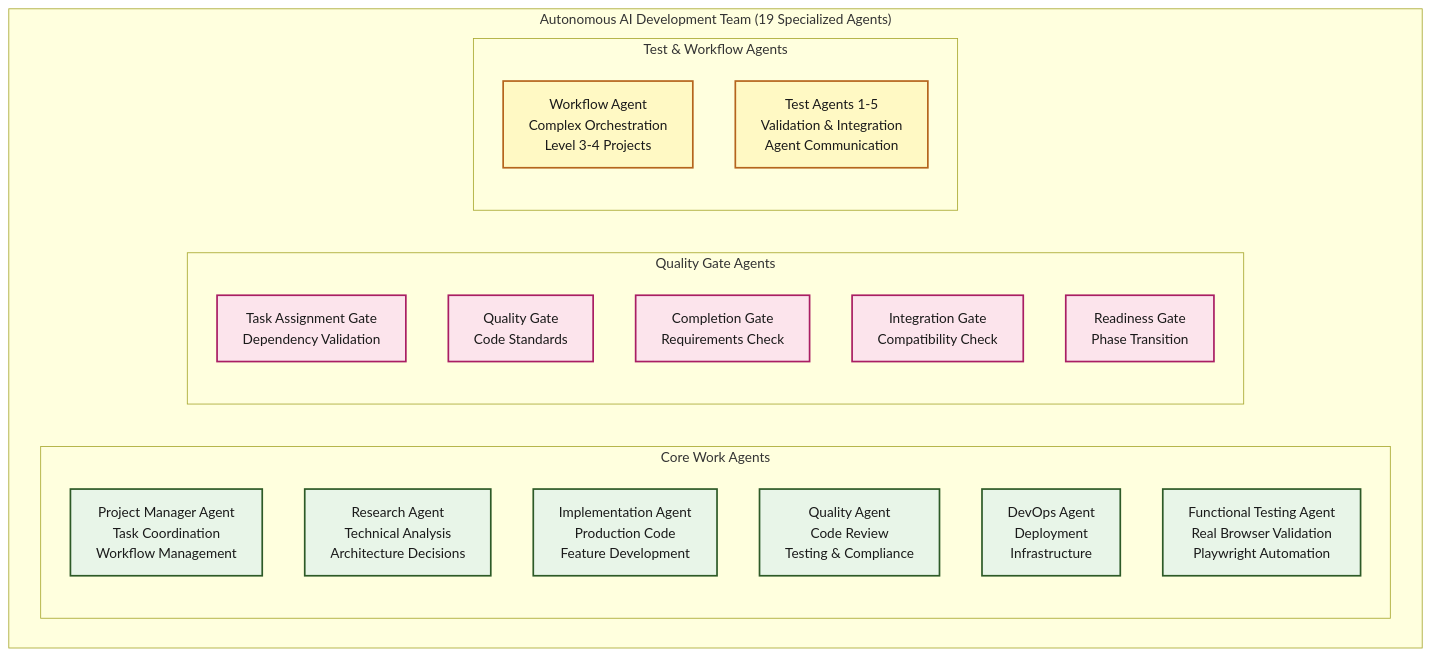
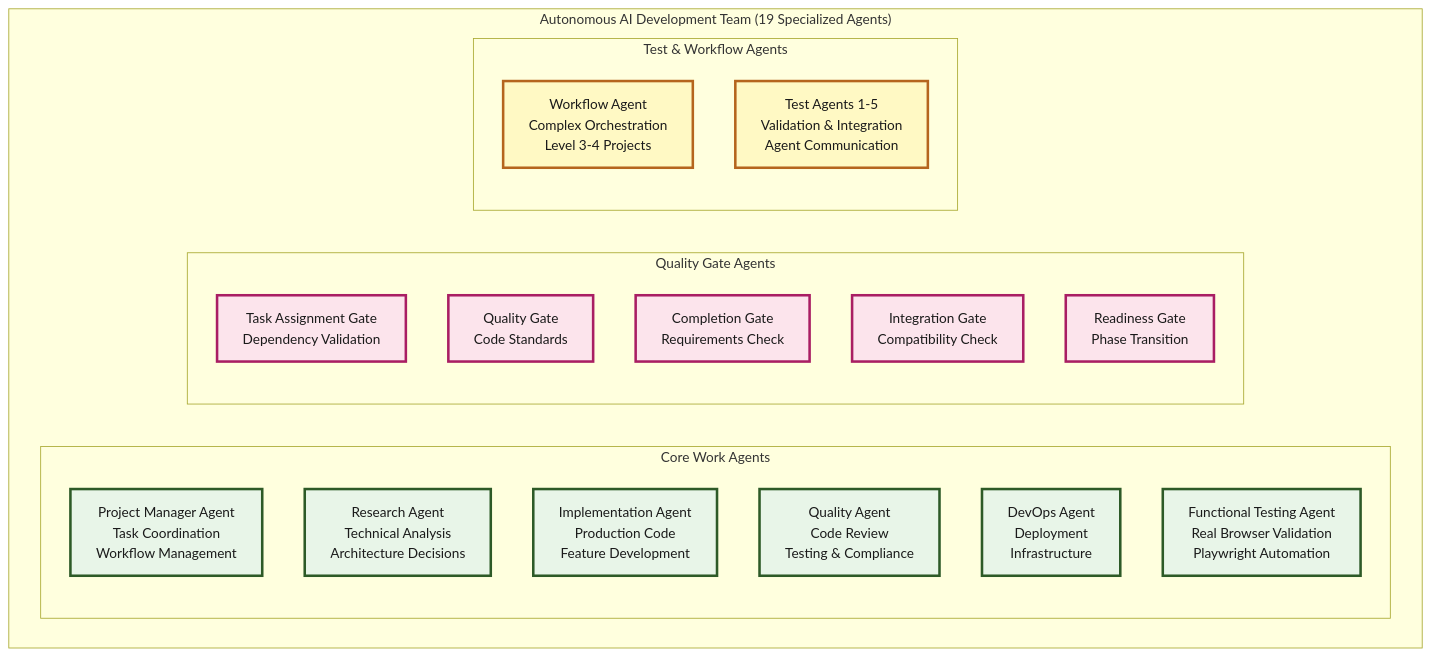
The first of 2 diagrams in README.md (vanzan01/claude-code-sub-agent-collective), drawn with Mermaid before and after one commit. The commit also changed other lines of this file, not shown here.

First line of the commit message:
fix: Complete Mermaid diagram dark/light mode styling

````diff
--- a/README.md
+++ b/README.md
@@ -43,34 +43,34 @@
 ```mermaid
 graph TB
     subgraph "Autonomous AI Development Team (19 Specialized Agents)"
         subgraph "Core Work Agents"
             PM[Project Manager Agent<br/>Task Coordination<br/>Workflow Management]
             Research[Research Agent<br/>Technical Analysis<br/>Architecture Decisions]
             Implementation[Implementation Agent<br/>Production Code<br/>Feature Development]
             Quality[Quality Agent<br/>Code Review<br/>Testing & Compliance]
             DevOps[DevOps Agent<br/>Deployment<br/>Infrastructure]
             FuncTest[Functional Testing Agent<br/>Real Browser Validation<br/>Playwright Automation]
         end
         
         subgraph "Quality Gate Agents"
             TaskGate[Task Assignment Gate<br/>Dependency Validation]
             QualityGate[Quality Gate<br/>Code Standards]
             CompletionGate[Completion Gate<br/>Requirements Check]
             IntegrationGate[Integration Gate<br/>Compatibility Check]
             ReadinessGate[Readiness Gate<br/>Phase Transition]
         end
         
         subgraph "Test & Workflow Agents"
             WorkflowAgent[Workflow Agent<br/>Complex Orchestration<br/>Level 3-4 Projects]
             TestAgents[Test Agents 1-5<br/>Validation & Integration<br/>Agent Communication]
         end
     end
     
-    classDef agent fill:#e8f5e8,stroke:#2d5a27,stroke-width:2px,color:#1a1a1a
-    classDef gate fill:#fce4ec,stroke:#a91e63,stroke-width:2px,color:#1a1a1a
-    classDef test fill:#fff9c4,stroke:#b5651d,stroke-width:2px,color:#1a1a1a
+    classDef agent fill:#e8f5e8,stroke:#2d5a27,stroke-width:3px,color:#1a1a1a
+    classDef gate fill:#fce4ec,stroke:#a91e63,stroke-width:3px,color:#1a1a1a
+    classDef test fill:#fff9c4,stroke:#b5651d,stroke-width:3px,color:#1a1a1a
     
     class PM,Research,Implementation,Quality,DevOps,FuncTest agent
     class TaskGate,QualityGate,CompletionGate,IntegrationGate,ReadinessGate gate
     class WorkflowAgent,TestAgents test
 ```
````
